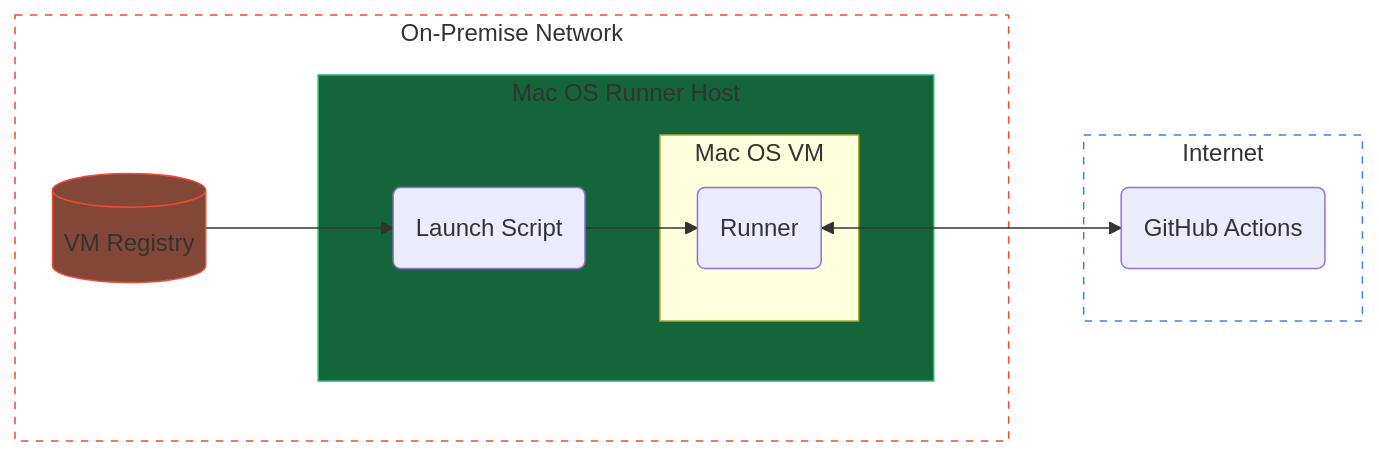
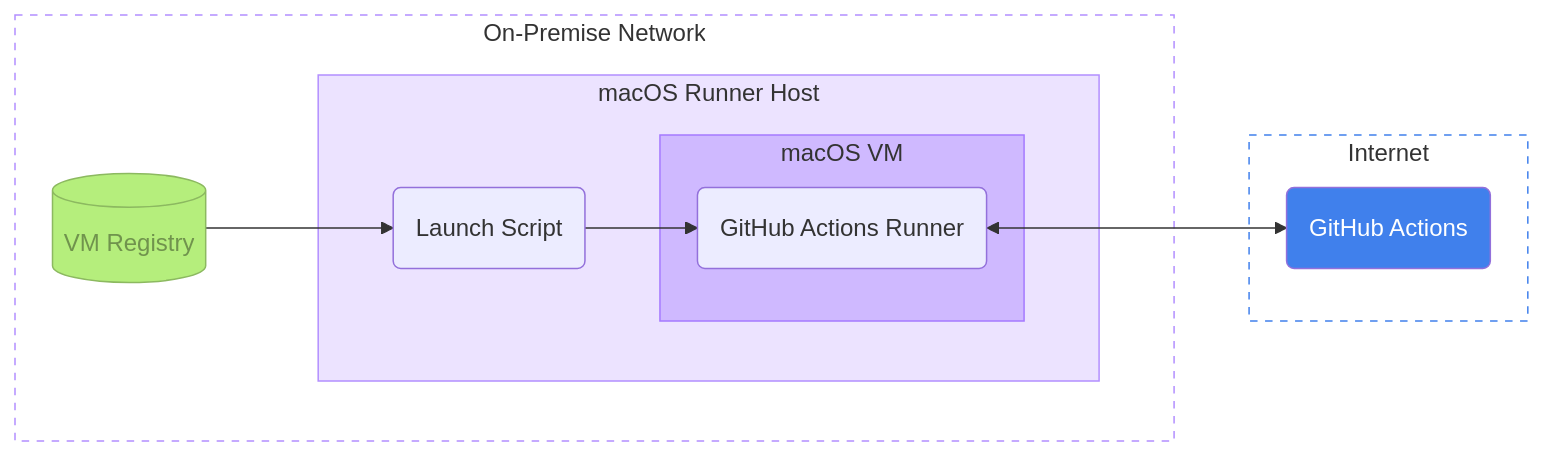
Before and after one commit to mirego/ekiden: the diagram in README.md, drawn with Mermaid.

Commit message:
Improve main diagram style (#16)

````diff
--- a/README.md
+++ b/README.md
@@ -36,30 +36,32 @@
 ```mermaid
 flowchart LR
     subgraph local [On-Premise Network]
         subgraph spacer [ ]
-            subgraph host [Mac OS Runner Host]
+            subgraph host [macOS Runner Host]
                 subgraph spacer2 [ ]
                     script(Launch Script)-->runner(SSH Client)
-                    subgraph guest [Mac OS VM]
-                        runner(Runner)
+                    subgraph guest [macOS VM]
+                        runner(GitHub Actions Runner)
                     end
                 end
             end
         end
 
         registry[(VM Registry)]-->script
     end
 
     subgraph internet [Internet]
         runner<-->github(GitHub Actions)
     end
 
 
-    style local fill:transparent,stroke:#eb4b39,stroke-dasharray:5
+    style local fill:transparent,stroke:#b38fff,stroke-dasharray:5
     style internet fill:transparent,stroke:#4080ec,stroke-dasharray:5
+    style github fill:#4080ec,color:#ffffff
     style spacer fill:transparent,stroke:transparent
     style spacer2 fill:transparent,stroke:transparent
 
-    style host fill:#15653a,stroke:#25ba6b
-    style registry fill:#834738,stroke:#eb4b39
+    style guest fill:#cfb9ff,stroke:#a57aff
+    style host fill:#ece3ff,stroke:#b38fff
+    style registry fill:#b5ee7c,stroke:#8cb960,color:#70934d
 ```
````
